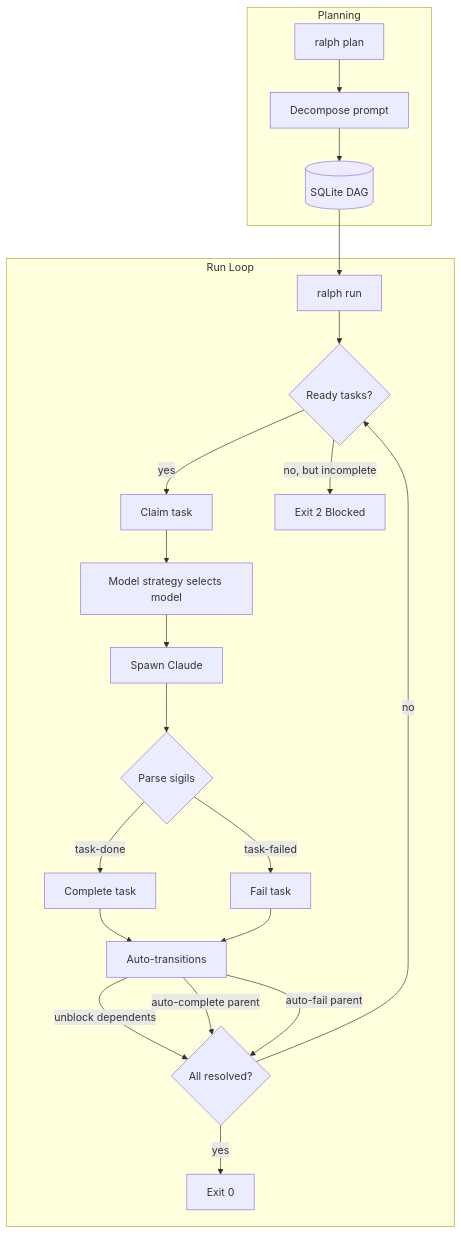
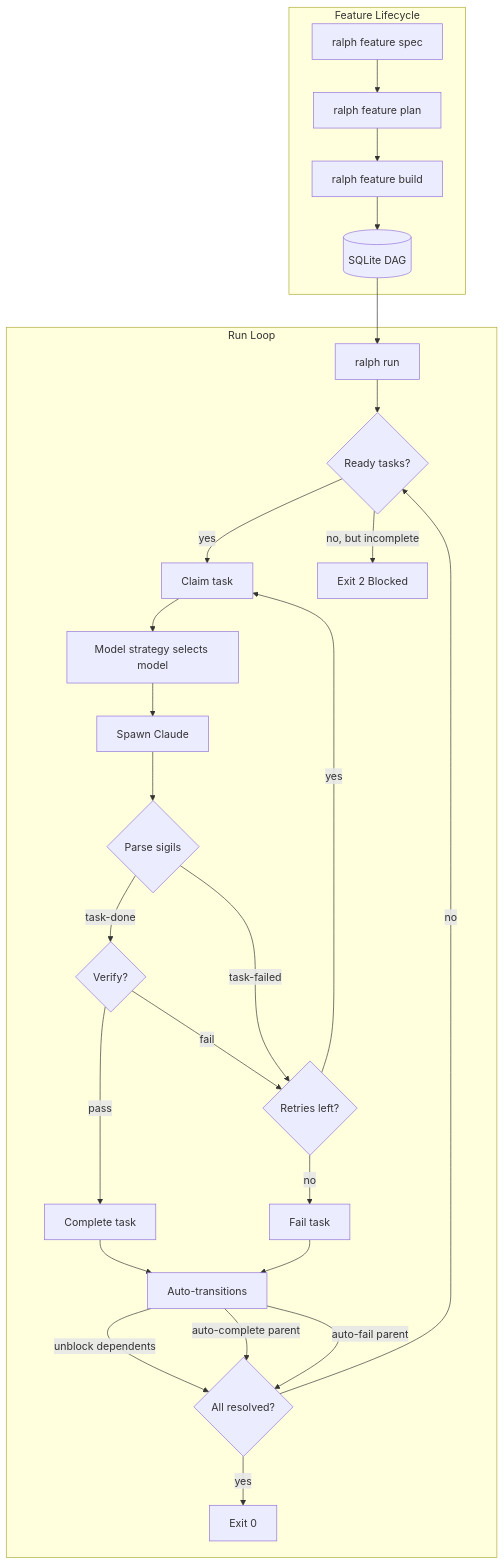
The diagram in README.md (RefoundAI/ralph), drawn with Mermaid before and after one commit. The commit also changed other lines of this file and 2 other files, not shown here.

First line of the commit message:
docs: rewrite README and CLAUDE.md for feature-centric workflow

````diff
--- a/README.md
+++ b/README.md
@@ -55,27 +80,32 @@
 ```mermaid
 flowchart TD
-    subgraph Planning
-        plan[ralph plan] --> decompose[Decompose prompt]
-        decompose --> dag[(SQLite DAG)]
+    subgraph "Feature Lifecycle"
+        spec[ralph feature spec] --> plan[ralph feature plan]
+        plan --> build[ralph feature build]
+        build --> dag[(SQLite DAG)]
     end
 
     subgraph "Run Loop"
         run[ralph run] --> ready{Ready tasks?}
         ready -- yes --> claim[Claim task]
         claim --> model[Model strategy selects model]
         model --> claude[Spawn Claude]
         claude --> sigils{Parse sigils}
-        sigils -- task-done --> done[Complete task]
-        sigils -- task-failed --> fail[Fail task]
+        sigils -- task-done --> verify{Verify?}
+        sigils -- task-failed --> retry{Retries left?}
+        verify -- pass --> done[Complete task]
+        verify -- fail --> retry
+        retry -- yes --> claim
+        retry -- no --> fail[Fail task]
         done --> auto[Auto-transitions]
         fail --> auto
         auto -- unblock dependents --> resolved{All resolved?}
         auto -- auto-complete parent --> resolved
         auto -- auto-fail parent --> resolved
         resolved -- no --> ready
         resolved -- yes --> exit0[Exit 0]
         ready -- "no, but incomplete" --> exit2[Exit 2 Blocked]
     end
 
     dag --> run
 ```
````
